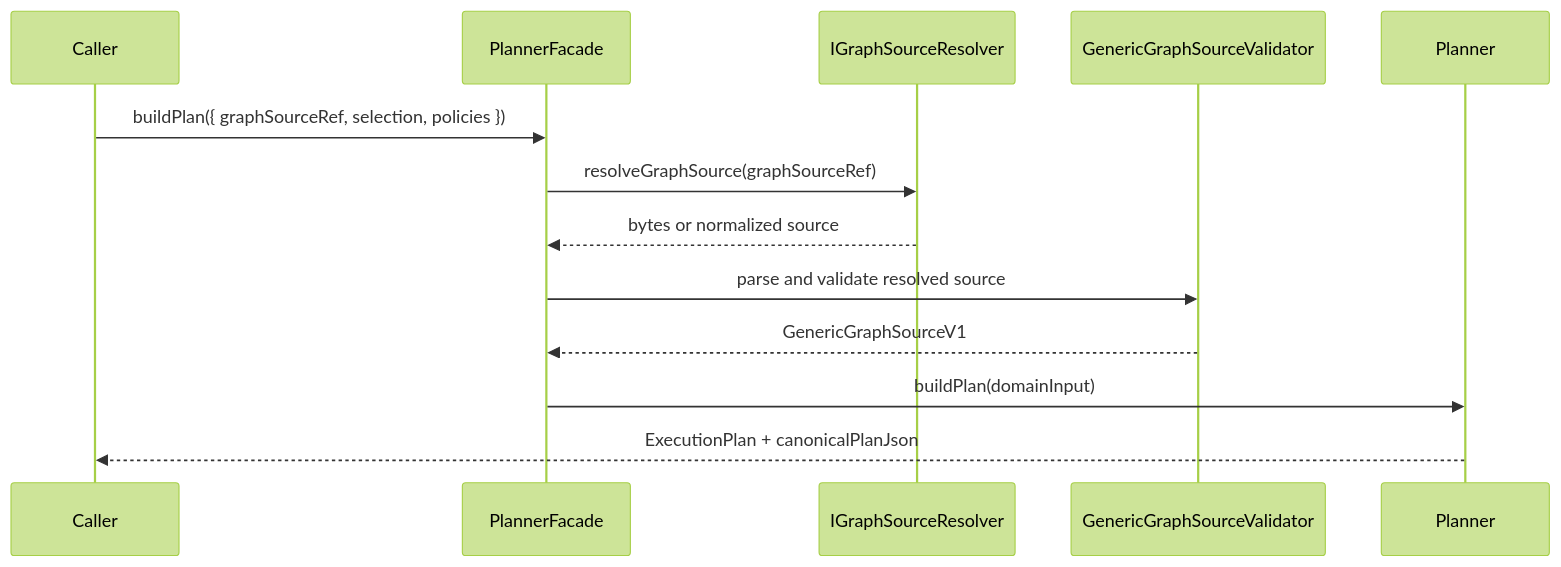
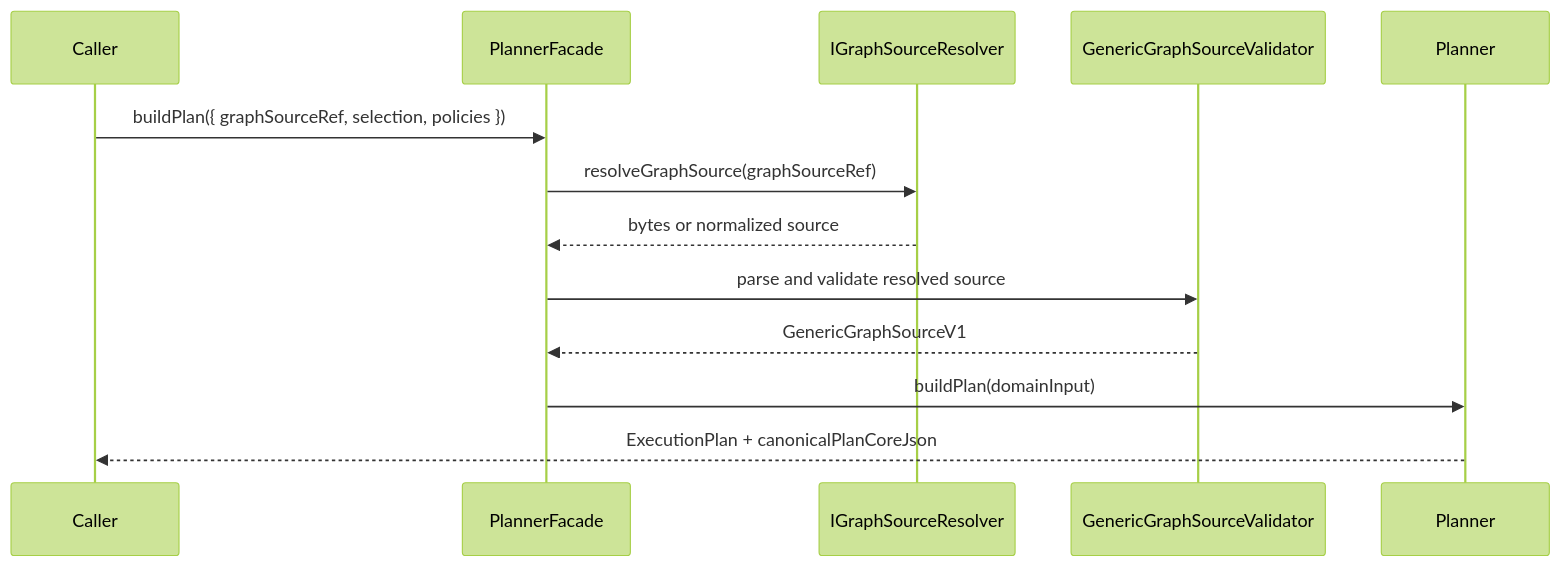
Before and after one commit to dunay2/dvt: the fifth of 5 diagrams in docs/guides/generic-graph-source-technical-manual-20260404.md, drawn with Mermaid (forest theme). The commit also changed other lines of this file and 31 other files, not shown here.

Commit message:
refactor(contracts): Separate plan-core JSON from persisted plan JSON

````diff
--- a/docs/guides/generic-graph-source-technical-manual-20260404.md
+++ b/docs/guides/generic-graph-source-technical-manual-20260404.md
@@ -198,16 +198,16 @@
 ```mermaid
 sequenceDiagram
   participant Caller
   participant Facade as PlannerFacade
   participant Resolver as IGraphSourceResolver
   participant Validator as GenericGraphSourceValidator
   participant Planner as Planner
 
   Caller->>Facade: buildPlan({ graphSourceRef, selection, policies })
   Facade->>Resolver: resolveGraphSource(graphSourceRef)
   Resolver-->>Facade: bytes or normalized source
   Facade->>Validator: parse and validate resolved source
   Validator-->>Facade: GenericGraphSourceV1
   Facade->>Planner: buildPlan(domainInput)
-  Planner-->>Caller: ExecutionPlan + canonicalPlanJson
+  Planner-->>Caller: ExecutionPlan + canonicalPlanCoreJson
 ```
````
